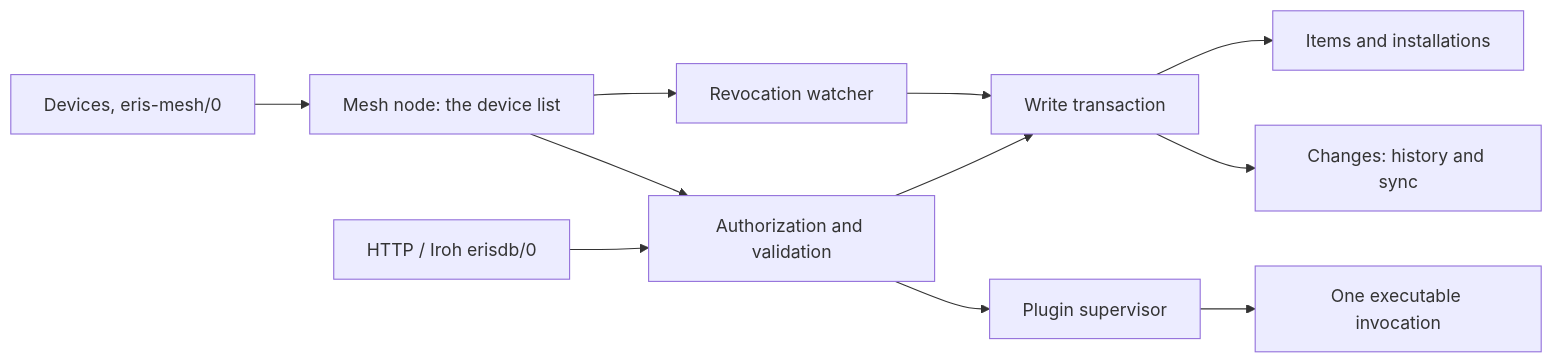
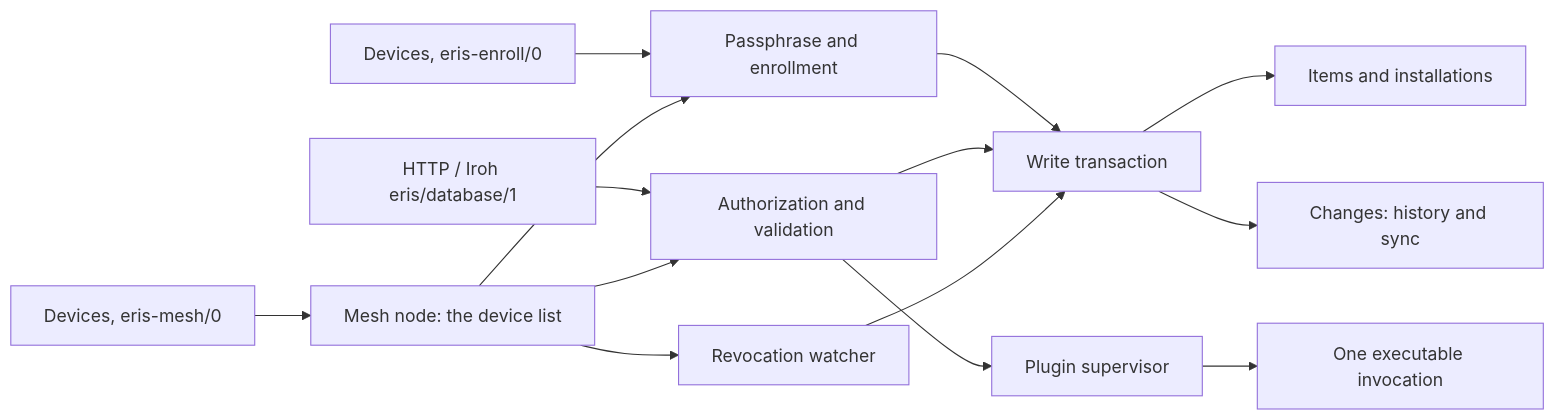
Before and after one commit to Eriskii/ErisDB: the diagram in docs/architecture.md, drawn with Mermaid. The commit also changed other lines of this file and 75 other files, not shown here.

First line of the commit message:
ErisDB is the mesh's database: it serves database/1, a mesh has a single one and apps using it take its passphrase, which it checks over eris-enroll/0; apps ask eon for a database, not for ErisDB

````diff
--- a/docs/architecture.md
+++ b/docs/architecture.md
@@ -29,13 +31,16 @@
 ```mermaid
 flowchart LR
-    Transport[HTTP / Iroh erisdb/0] --> API[Authorization and validation]
+    Transport[HTTP / Iroh eris/database/1] --> API[Authorization and validation]
     Devices[Devices, eris-mesh/0] --> Node[Mesh node: the device list]
+    Enrolling[Devices, eris-enroll/0] --> Gate[Passphrase and enrollment]
     Node --> API
+    Node --> Gate
+    Gate --> Write
     Node --> Watcher[Revocation watcher]
     API --> Write[Write transaction]
     Watcher --> Write
     Write --> Items[Items and installations]
     Write --> Changes[Changes: history and sync]
     API --> Plugins[Plugin supervisor]
     Plugins --> Child[One executable invocation]
 ```
````
